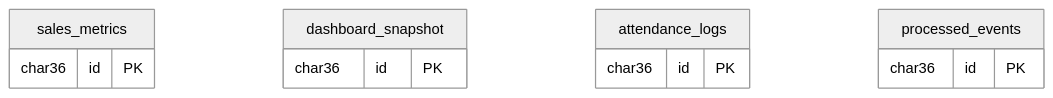
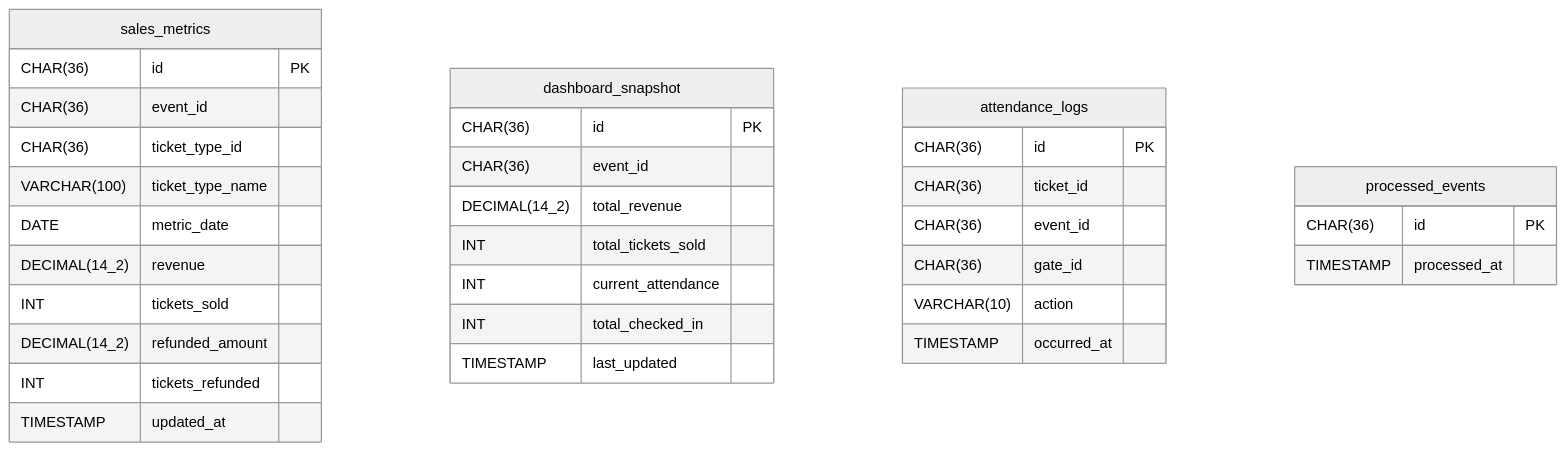
Before and after one commit to duymk123/EventHub: the diagram in docs/database/analytics-service/erd.md, drawn with Mermaid (neutral theme). The commit also changed other lines of this file and 28 other files, not shown here.

````diff
--- a/docs/database/analytics-service/erd.md
+++ b/docs/database/analytics-service/erd.md
@@ -5,15 +9,36 @@
 ```mermaid
 erDiagram
   sales_metrics {
-    char36 id PK
+    CHAR(36) id PK
+    CHAR(36) event_id
+    CHAR(36) ticket_type_id
+    VARCHAR(100) ticket_type_name
+    DATE metric_date
+    DECIMAL(14_2) revenue
+    INT tickets_sold
+    DECIMAL(14_2) refunded_amount
+    INT tickets_refunded
+    TIMESTAMP updated_at
   }
   dashboard_snapshot {
-    char36 id PK
+    CHAR(36) id PK
+    CHAR(36) event_id
+    DECIMAL(14_2) total_revenue
+    INT total_tickets_sold
+    INT current_attendance
+    INT total_checked_in
+    TIMESTAMP last_updated
   }
   attendance_logs {
-    char36 id PK
+    CHAR(36) id PK
+    CHAR(36) ticket_id
+    CHAR(36) event_id
+    CHAR(36) gate_id
+    VARCHAR(10) action
+    TIMESTAMP occurred_at
   }
   processed_events {
-    char36 id PK
+    CHAR(36) id PK
+    TIMESTAMP processed_at
   }
 ```
````
